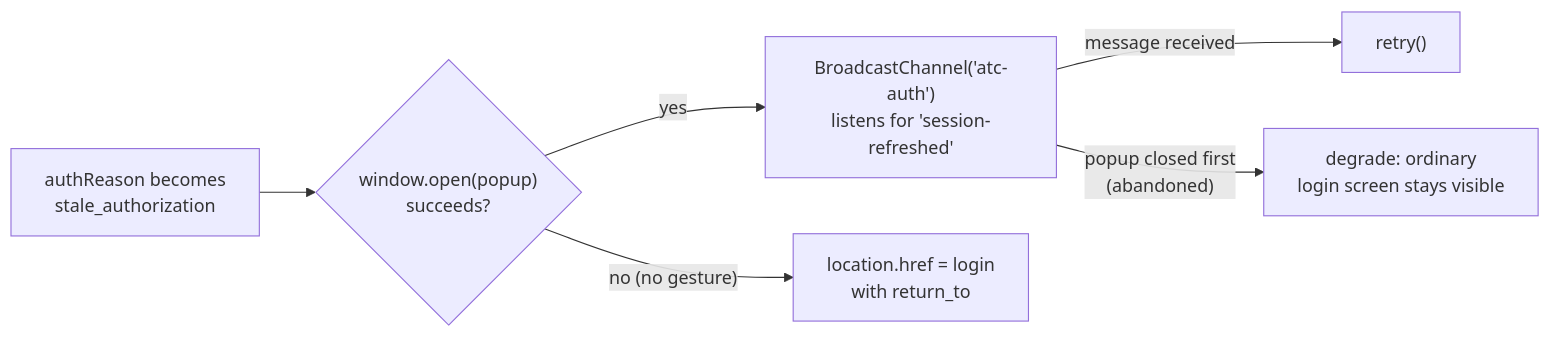
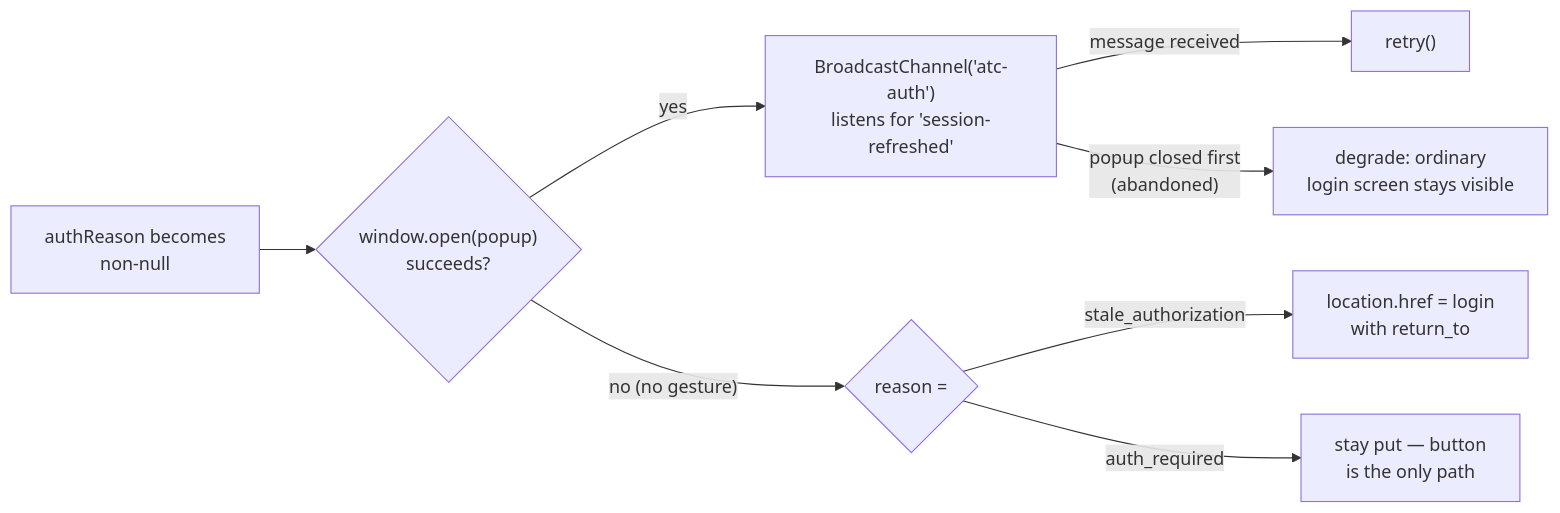
Before and after one commit to bojanrajkovic/atc: the fifth of 5 diagrams in docs/architecture/frontend-app.md, drawn with Mermaid. The commit also changed other lines of this file and 2 other files, not shown here.

First line of the commit message:
fix(frontend): auto-attempt popup re-auth for auth_required, never disable the login link (#499)

````diff
--- a/docs/architecture/frontend-app.md
+++ b/docs/architecture/frontend-app.md
@@ -128,8 +128,10 @@
 ```mermaid
 flowchart LR
-    S["authReason becomes\nstale_authorization"] --> O{"window.open(popup)\nsucceeds?"}
+    S["authReason becomes\nnon-null"] --> O{"window.open(popup)\nsucceeds?"}
     O -- yes --> W["BroadcastChannel('atc-auth')\nlistens for 'session-refreshed'"]
     W -- message received --> R["retry()"]
     W -- popup closed first\n(abandoned) --> D["degrade: ordinary\nlogin screen stays visible"]
-    O -- "no (no gesture)" --> F["location.href = login\nwith return_to"]
+    O -- "no (no gesture)" --> F{"reason ="}
+    F -- stale_authorization --> F1["location.href = login\nwith return_to"]
+    F -- auth_required --> F2["stay put — button\nis the only path"]
 ```
````
